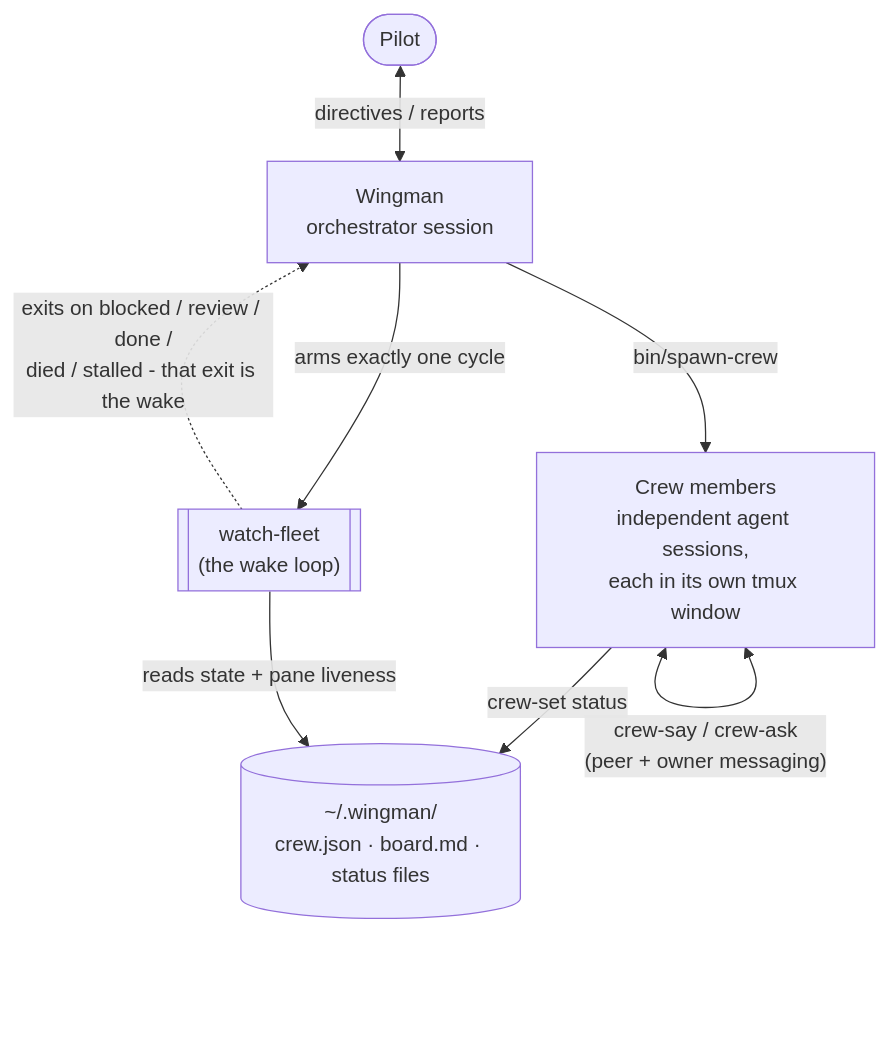
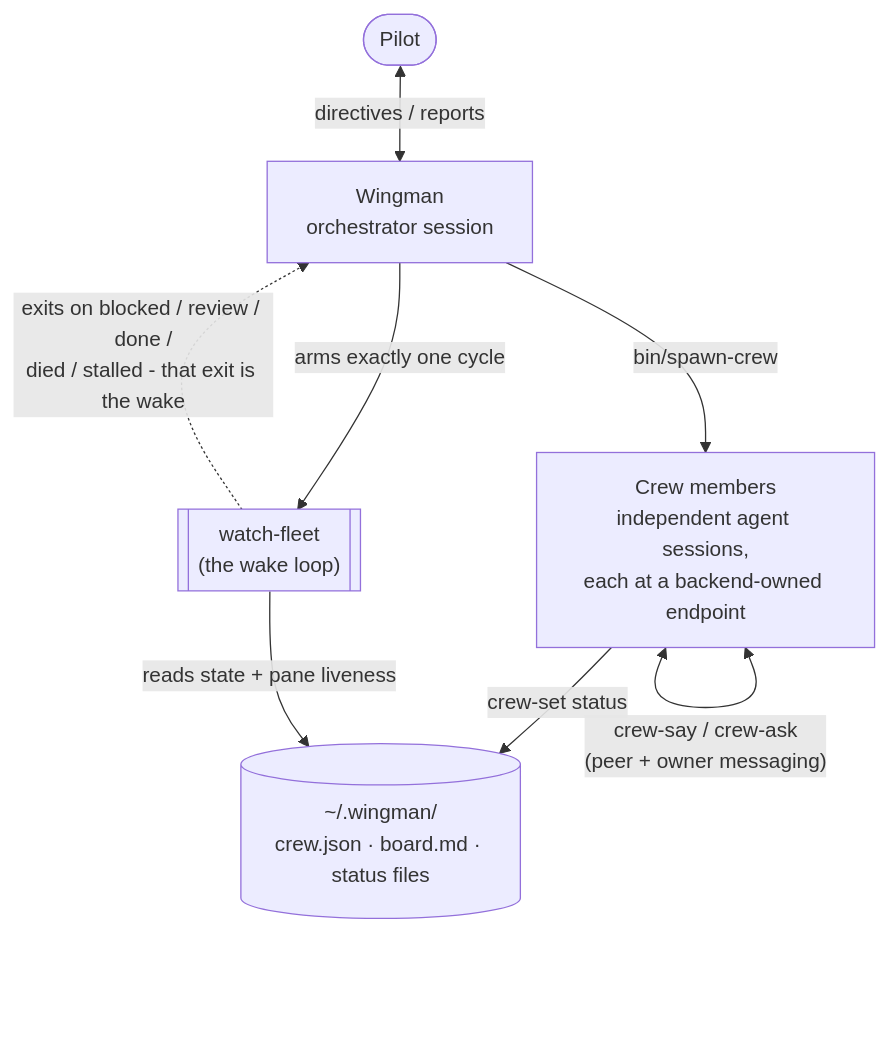
The first of 4 diagrams in docs/architecture.md (greerviau/wingman), drawn with Mermaid before and after one commit. The commit also changed other lines of this file and 24 other files, not shown here.

First line of the commit message:
feat(runtime): add Herdr crew backend (#362)

````diff
--- a/docs/architecture.md
+++ b/docs/architecture.md
@@ -17,10 +17,10 @@
 ```mermaid
 flowchart TB
     pilot([Pilot]) <-->|"directives / reports"| wingman[Wingman<br/>orchestrator session]
-    wingman -->|"bin/spawn-crew"| crew[Crew members<br/>independent agent sessions,<br/>each in its own tmux window]
+    wingman -->|"bin/spawn-crew"| crew[Crew members<br/>independent agent sessions,<br/>each at a backend-owned endpoint]
     crew -->|"crew-set status"| state[("~/.wingman/<br/>crew.json · board.md · status files")]
     crew <-->|"crew-say / crew-ask<br/>(peer + owner messaging)"| crew
     watcher[["watch-fleet<br/>(the wake loop)"]] -->|"reads state + pane liveness"| state
     watcher -.->|"exits on blocked / review / done /<br/>died / stalled - that exit is the wake"| wingman
     wingman -->|"arms exactly one cycle"| watcher
 ```
````
